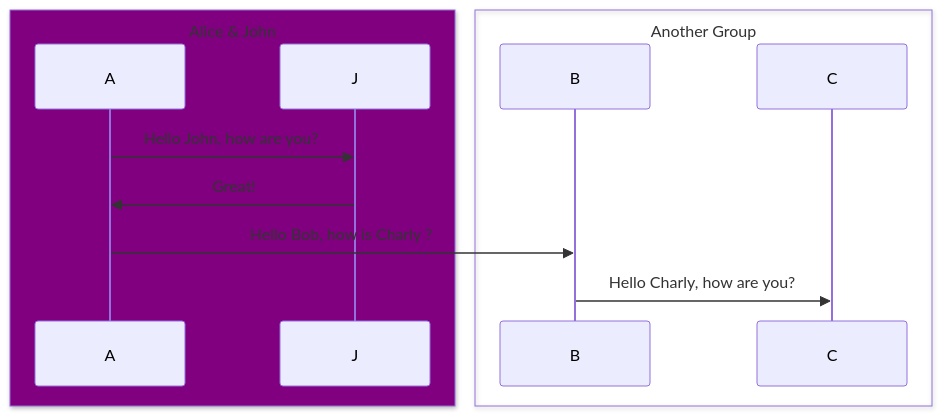
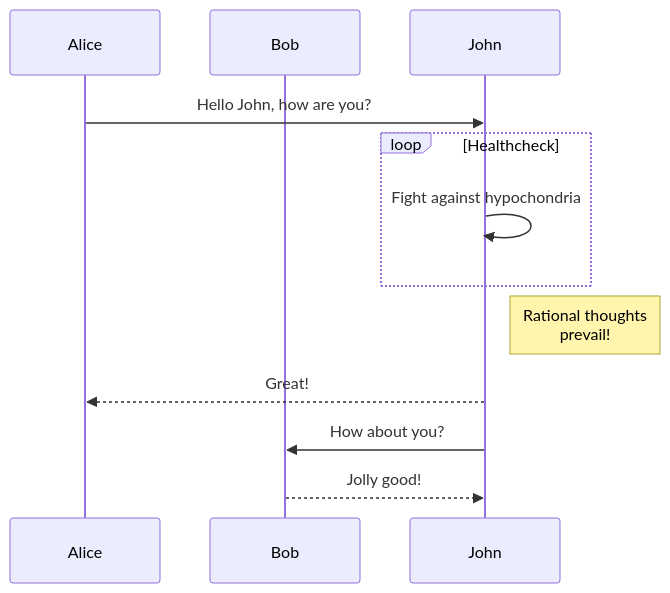
The third of 21 diagrams in src/mermaid.md (you2love/you2love.github.io), drawn with Mermaid before and after one commit. The commit also changed other lines of this file and 428 other files, not shown here.

````diff
--- a/src/mermaid.md
+++ b/src/mermaid.md
@@ -20,15 +31,13 @@
-```mermaid
+```mmd
 sequenceDiagram
-    box Purple Alice & John
-    participant A
-    participant J
+    participant Alice
+    participant Bob
+    Alice->>John: Hello John, how are you?
+    loop Healthcheck
+        John->>John: Fight against hypochondria
     end
-    box Another Group
-    participant B
-    participant C
-    end
-    A->>J: Hello John, how are you?
-    J->>A: Great!
-    A->>B: Hello Bob, how is Charly ?
-    B->>C: Hello Charly, how are you?
+    Note right of John: Rational thoughts <br/>prevail!
+    John-->>Alice: Great!
+    John->>Bob: How about you?
+    Bob-->>John: Jolly good!
 ```
````
